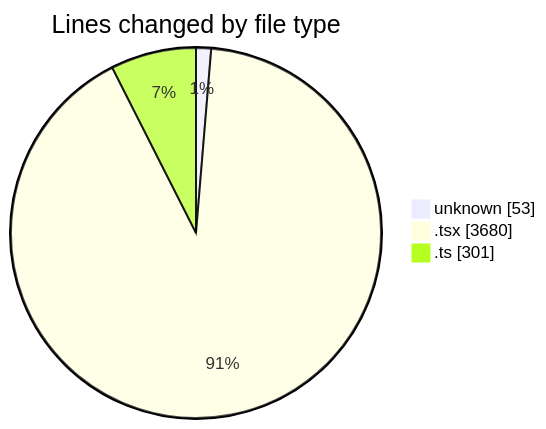
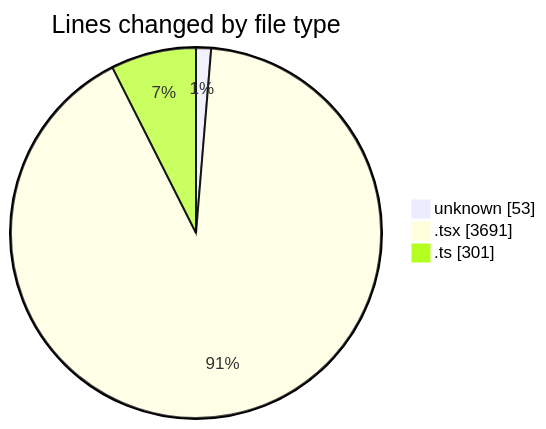
The first of 2 diagrams in 2026-01-28/cda/README.md (momahboobian/code-tracking), drawn with Mermaid before and after one commit. The commit also changed other lines of this file and 1 other file, not shown here.

````diff
--- a/2026-01-28/cda/README.md
+++ b/2026-01-28/cda/README.md
@@ -23,7 +23,7 @@
 ```mermaid
 pie showData
 title Lines changed by file type
 "unknown" : 53
-".tsx" : 3680
+".tsx" : 3691
 ".ts" : 301
 ```
````
